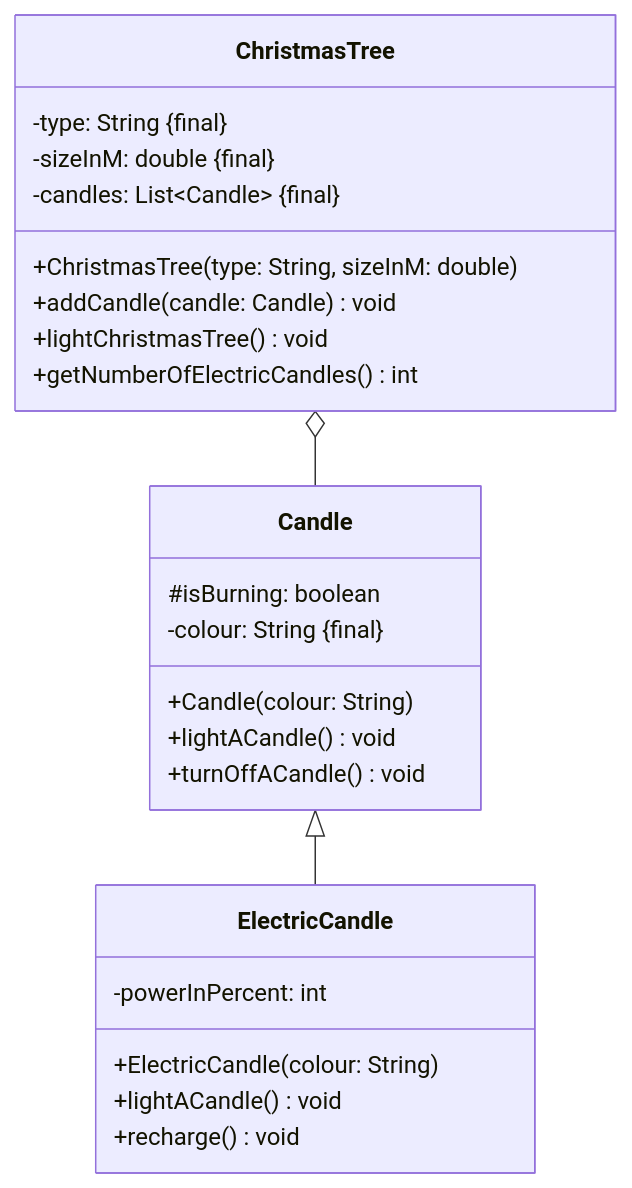
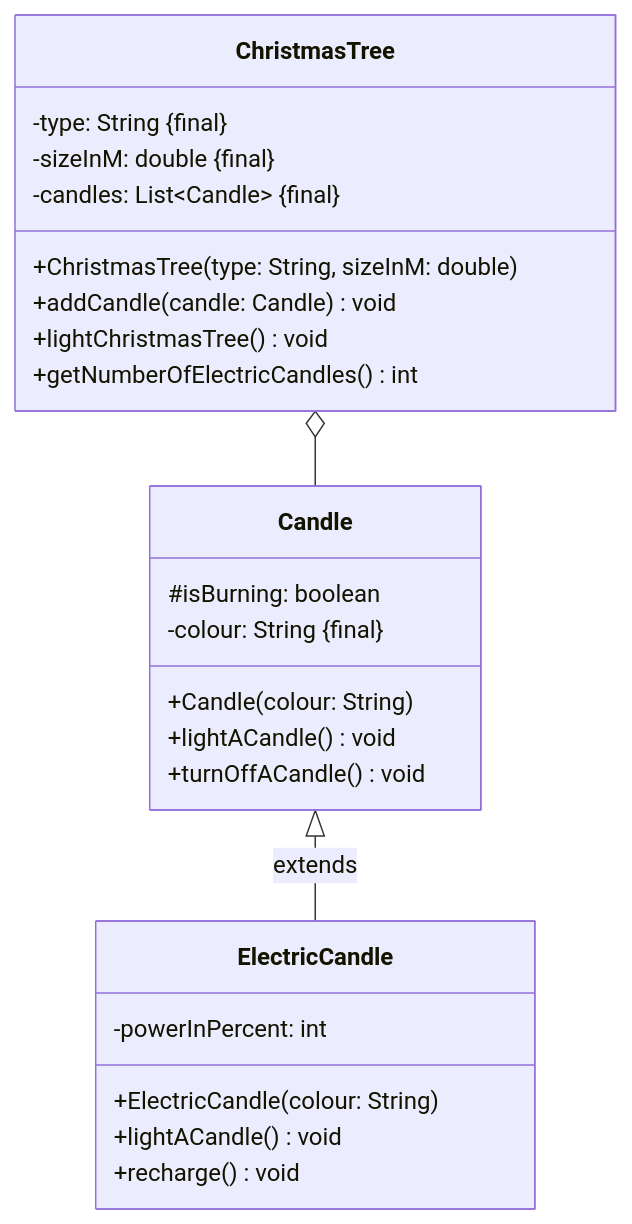
The diagram in docs/exam-exercises/exam-exercises-java1/christmas-tree.md (jappuccini/java-docs), drawn with Mermaid before and after one commit. The commit also changed 36 other files, not shown here.

````diff
--- a/docs/exam-exercises/exam-exercises-java1/christmas-tree.md
+++ b/docs/exam-exercises/exam-exercises-java1/christmas-tree.md
@@ -12,31 +12,31 @@
 ```mermaid
 classDiagram
-    Candle <|-- ElectricCandle
+    Candle <|-- ElectricCandle : extends
     ChristmasTree o-- Candle
 
     class ChristmasTree {
         -type: String &#123final&#125
         -sizeInM: double &#123final&#125
         -candles: List~Candle~ &#123final&#125
         +ChristmasTree(type: String, sizeInM: double)
         +addCandle(candle: Candle) void
         +lightChristmasTree() void
         +getNumberOfElectricCandles() int
 
     }
 
     class Candle {
         #isBurning: boolean
         -colour: String &#123final&#125
         +Candle(colour: String)
         +lightACandle() void
         +turnOffACandle() void
     }
 
     class ElectricCandle {
         -powerInPercent: int
         +ElectricCandle(colour: String)
         +lightACandle() void
         +recharge() void
     }
 ```
````
